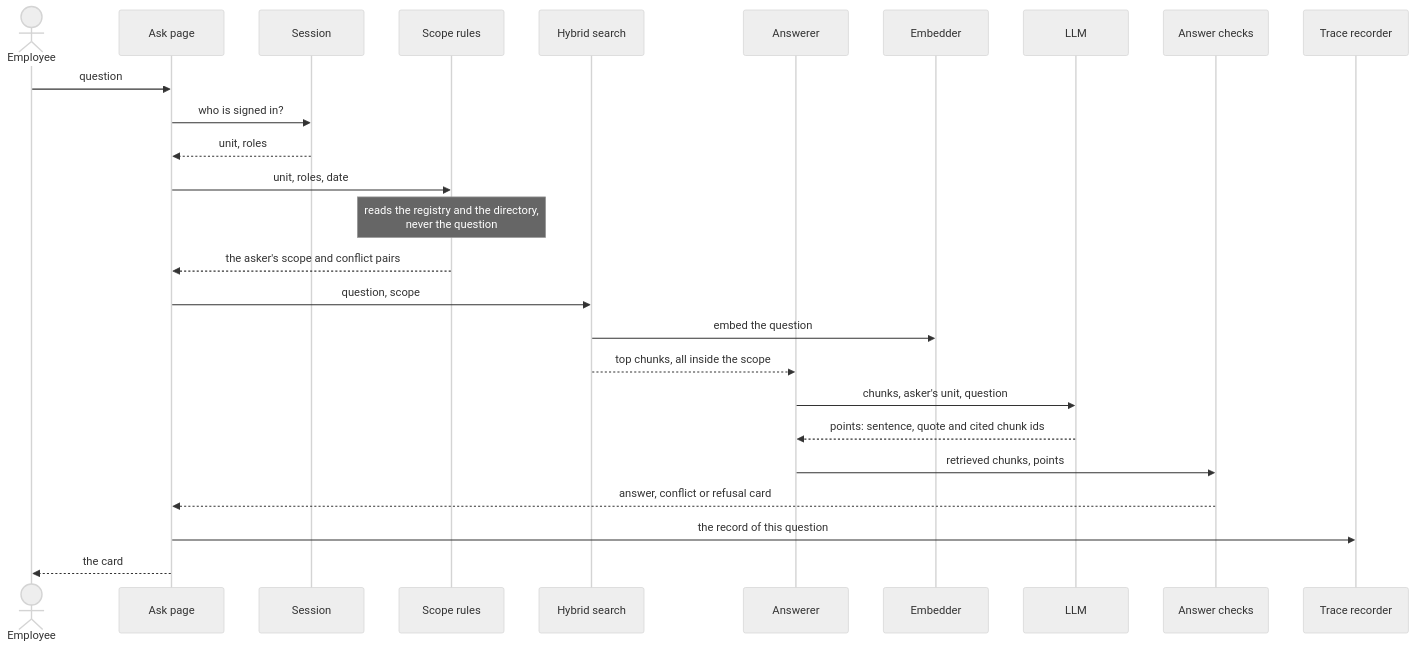
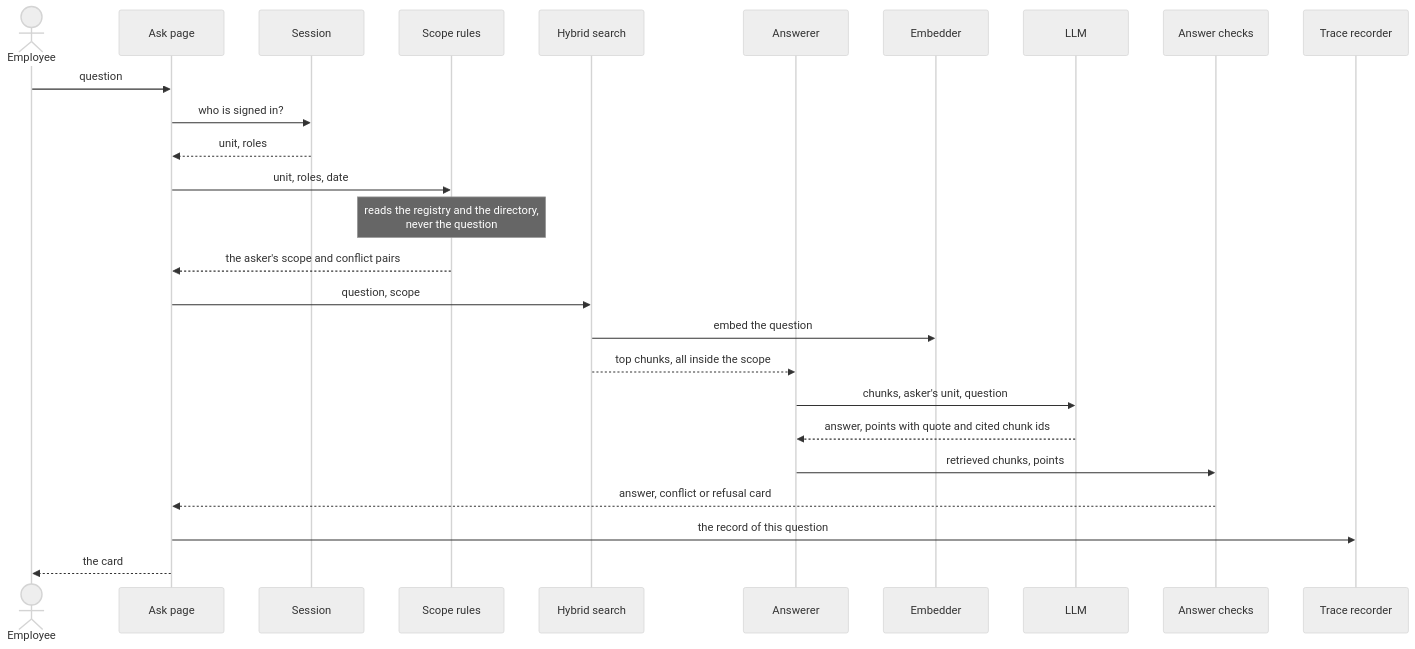
The third of 7 diagrams in docs/system_design.md (Park-Hip/next-gen-2026), drawn with Mermaid (neutral theme) before and after one commit. The commit also changed other lines of this file and 34 other files, not shown here.

````diff
--- a/docs/system_design.md
+++ b/docs/system_design.md
@@ -181,29 +181,29 @@
 ```mermaid
 sequenceDiagram
     actor E as Employee
     participant P as Ask page
     participant S as Session
     participant R as Scope rules
     participant H as Hybrid search
     participant A as Answerer
     participant M as Embedder
     participant L as LLM
     participant C as Answer checks
     participant T as Trace recorder
 
     E->>P: question
     P->>S: who is signed in?
     S-->>P: unit, roles
     P->>R: unit, roles, date
     Note over R: reads the registry and the directory,<br/>never the question
     R-->>P: the asker's scope and conflict pairs
     P->>H: question, scope
     H->>M: embed the question
     H-->>A: top chunks, all inside the scope
     A->>L: chunks, asker's unit, question
-    L-->>A: points: sentence, quote and cited chunk ids
+    L-->>A: answer, points with quote and cited chunk ids
     A->>C: retrieved chunks, points
     C-->>P: answer, conflict or refusal card
     P->>T: the record of this question
     P-->>E: the card
 ```
````
